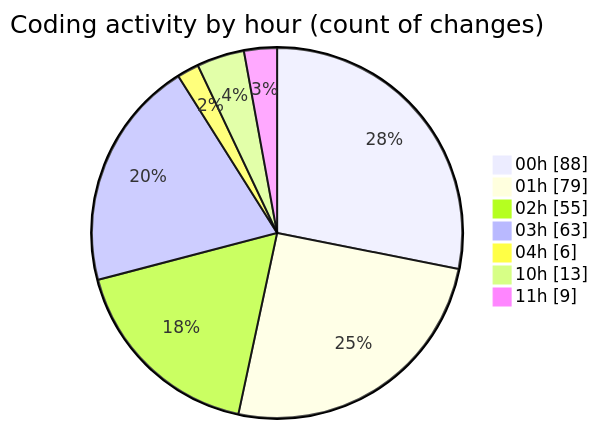
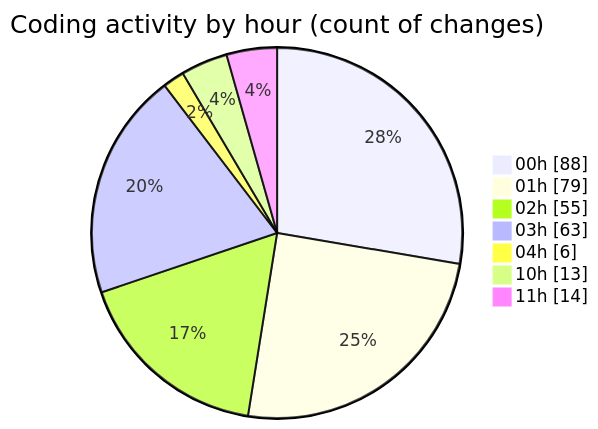
One commit to lephambinh05/code-tracking changed the second of 2 diagrams in 2025-08-16/rentotp/README.md. Above: the diagram before and after it, drawn with Mermaid. The commit also changed other lines of this file and 1 other file, not shown here.

````diff
--- a/2025-08-16/rentotp/README.md
+++ b/2025-08-16/rentotp/README.md
@@ -69,11 +70,11 @@
 ```mermaid
 pie showData
 title Coding activity by hour (count of changes)
 "00h" : 88
 "01h" : 79
 "02h" : 55
 "03h" : 63
 "04h" : 6
 "10h" : 13
-"11h" : 9
+"11h" : 14
 ```
````
